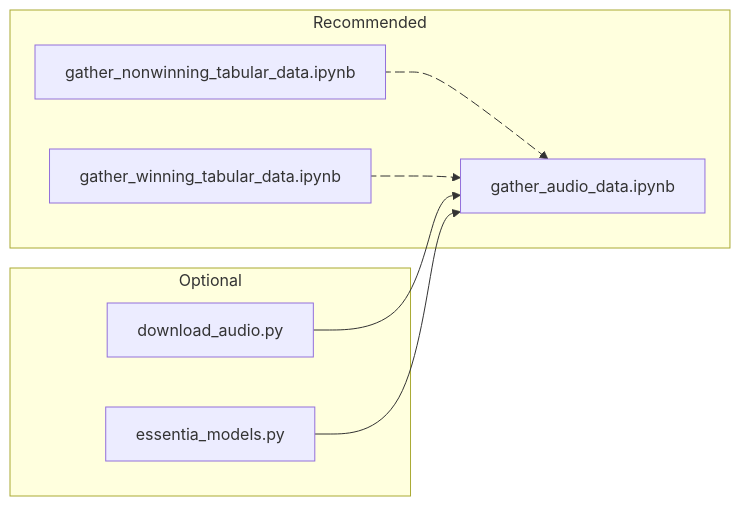
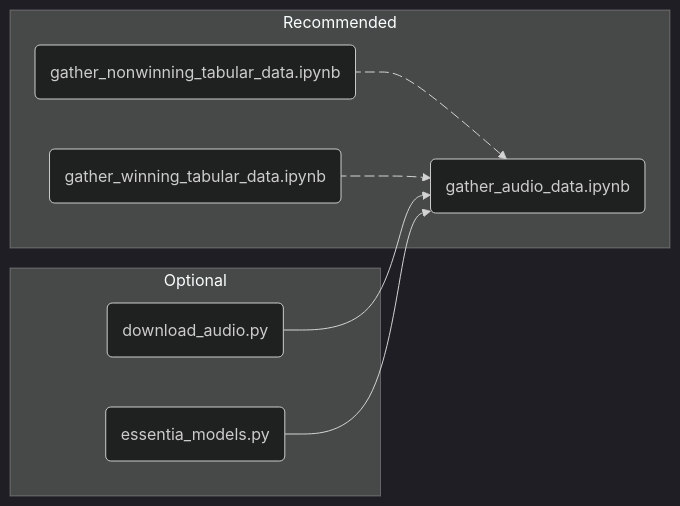
One commit to ccaban6/love-dive-into-kpop-music-show-winners changed the diagram in README.md. Above: the diagram before and after it, drawn with Mermaid.

Commit message:
Added some styling to readme

````diff
--- a/README.md
+++ b/README.md
@@ -17,25 +17,27 @@
 ```mermaid
+%%{init: {'theme':'dark'}}%%
+
 flowchart LR
     subgraph Recommended
-    A[gather_nonwinning_tabular_data.ipynb] anim1@--> C[gather_audio_data.ipynb]
-    B[gather_winning_tabular_data.ipynb] anim2@--> C
+    A(gather_nonwinning_tabular_data.ipynb) anim1@--> C(gather_audio_data.ipynb)
+    B(gather_winning_tabular_data.ipynb) anim2@--> C
     end
 
     subgraph Optional
-    D[download_audio.py]-->C
-    E[essentia_models.py]-->C
+    D(download_audio.py)-->C
+    E(essentia_models.py)-->C
     end
 
     anim1@{ animation: slow }
     anim2@{ animation: slow }
 
     click A href "https://github.com/ccaban6/love-dive-into-kpop-music-show-winners/blob/main/gather_nonwinning_tabular_data.ipynb" "Open this in a new tab" _blank
     
     click B href "https://github.com/ccaban6/love-dive-into-kpop-music-show-winners/blob/main/gather_winning_tabular_data.ipynb" "Open this in a new tab" _blank
 
     click C href "https://github.com/ccaban6/love-dive-into-kpop-music-show-winners/blob/main/gather_audio_data.ipynb" "Open this is a new tab" _blank
 
     click D href "https://github.com/ccaban6/love-dive-into-kpop-music-show-winners/blob/main/download_audio.py" "Open this is a new tab" _blank
 
     click E href "https://github.com/ccaban6/love-dive-into-kpop-music-show-winners/blob/main/essentia_models.py" "Open this is a new tab" _blank
 ```
````
